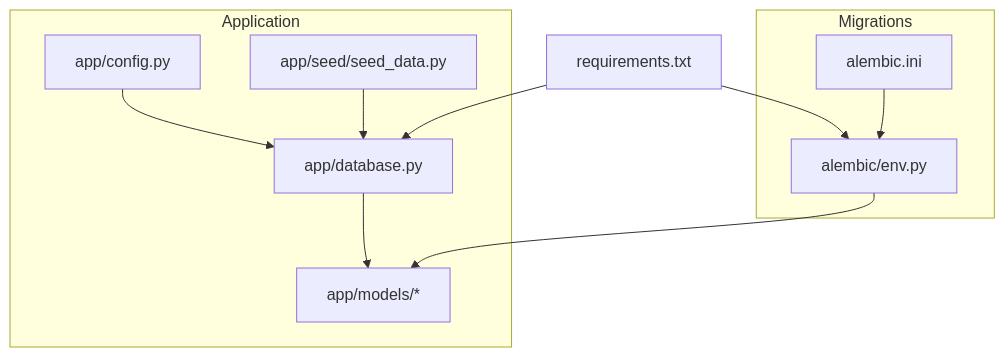
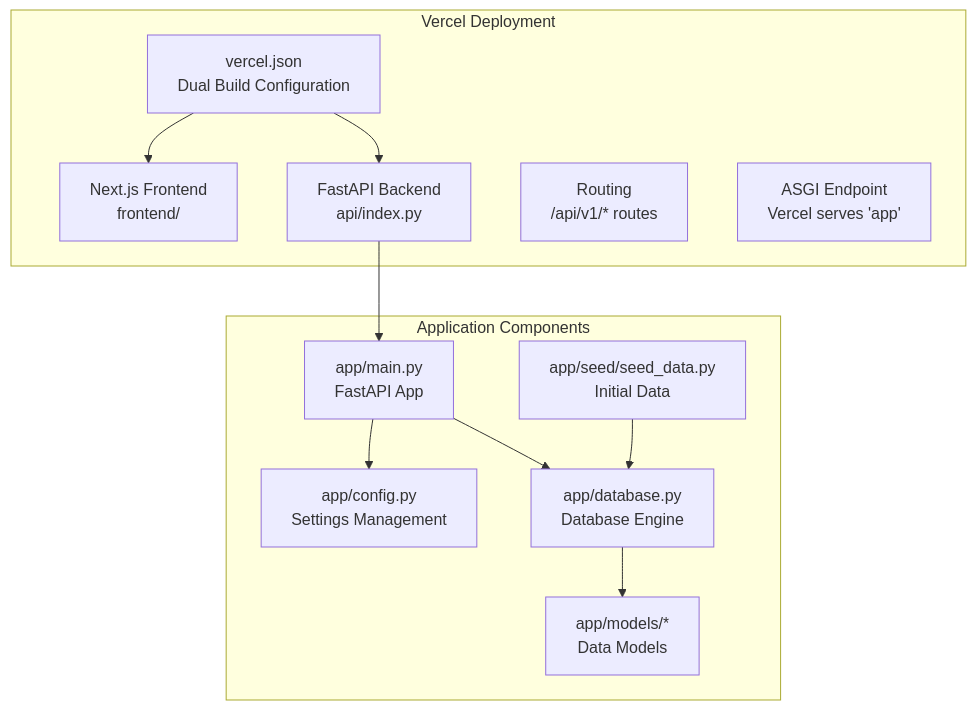
One commit to bikinaplikasipakeqoder-dot/payroll-hris changed the first of 9 diagrams in .qoder/repowiki/en/content/Deployment & Operations.md. Above: the diagram before and after it, drawn with Mermaid. The commit also changed other lines of this file and 22 other files, not shown here.

````diff
--- a/.qoder/repowiki/en/content/Deployment & Operations.md
+++ b/.qoder/repowiki/en/content/Deployment & Operations.md
@@ -38,21 +61,24 @@
 ```mermaid
 graph TB
-subgraph "Application"
-CFG["app/config.py"]
-DB["app/database.py"]
-MODELS["app/models/*"]
-SEED["app/seed/seed_data.py"]
+subgraph "Vercel Deployment"
+VERCEL["vercel.json<br/>Dual Build Configuration"]
+FRONTEND["Next.js Frontend<br/>frontend/"]
+BACKEND["FastAPI Backend<br/>api/index.py"]
+ROUTE["Routing<br/>/api/v1/* routes"]
+ENDPOINT["ASGI Endpoint<br/>Vercel serves 'app'"]
 end
-subgraph "Migrations"
-AENV["alembic/env.py"]
-AINI["alembic.ini"]
+subgraph "Application Components"
+MAIN["app/main.py<br/>FastAPI App"]
+CONFIG["app/config.py<br/>Settings Management"]
+DATABASE["app/database.py<br/>Database Engine"]
+MODELS["app/models/*<br/>Data Models"]
+SEED["app/seed/seed_data.py<br/>Initial Data"]
 end
-REQ["requirements.txt"]
-CFG --> DB
-DB --> MODELS
-SEED --> DB
-AENV --> MODELS
-AINI --> AENV
-REQ --> DB
-REQ --> AENV
+VERCEL --> FRONTEND
+VERCEL --> BACKEND
+BACKEND --> MAIN
+MAIN --> CONFIG
+MAIN --> DATABASE
+DATABASE --> MODELS
+SEED --> DATABASE
 ```
````
